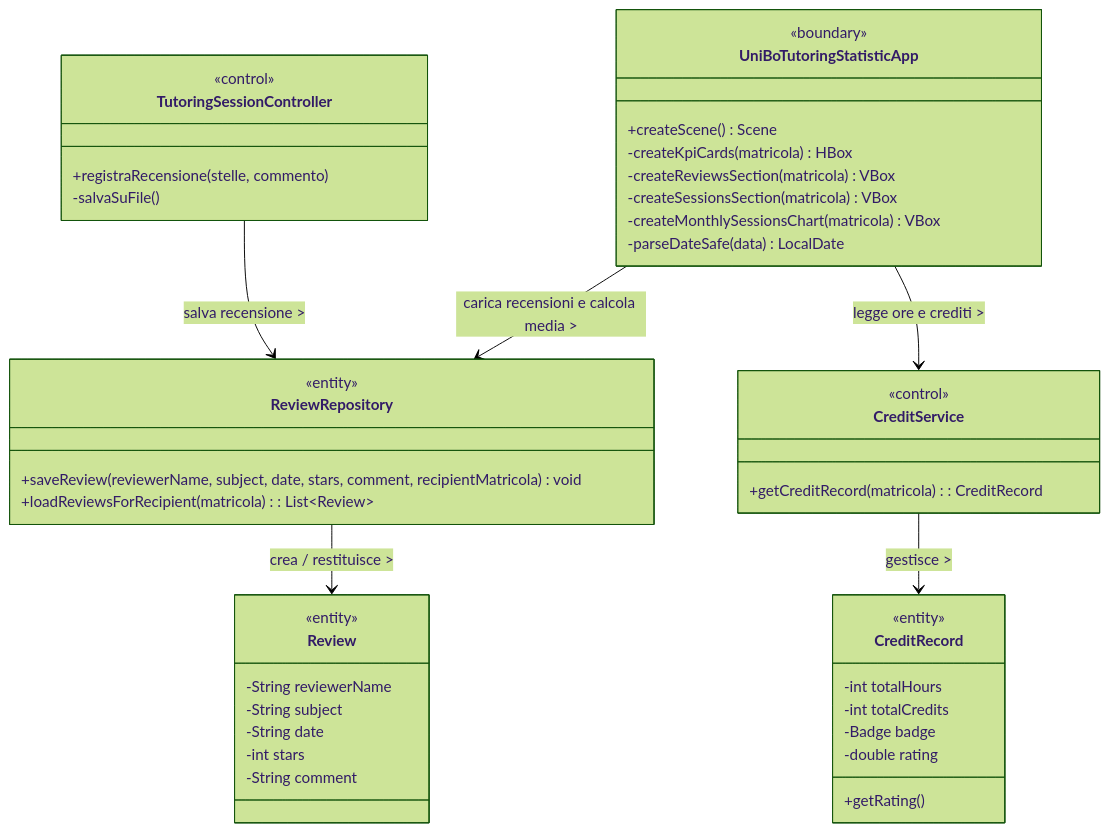
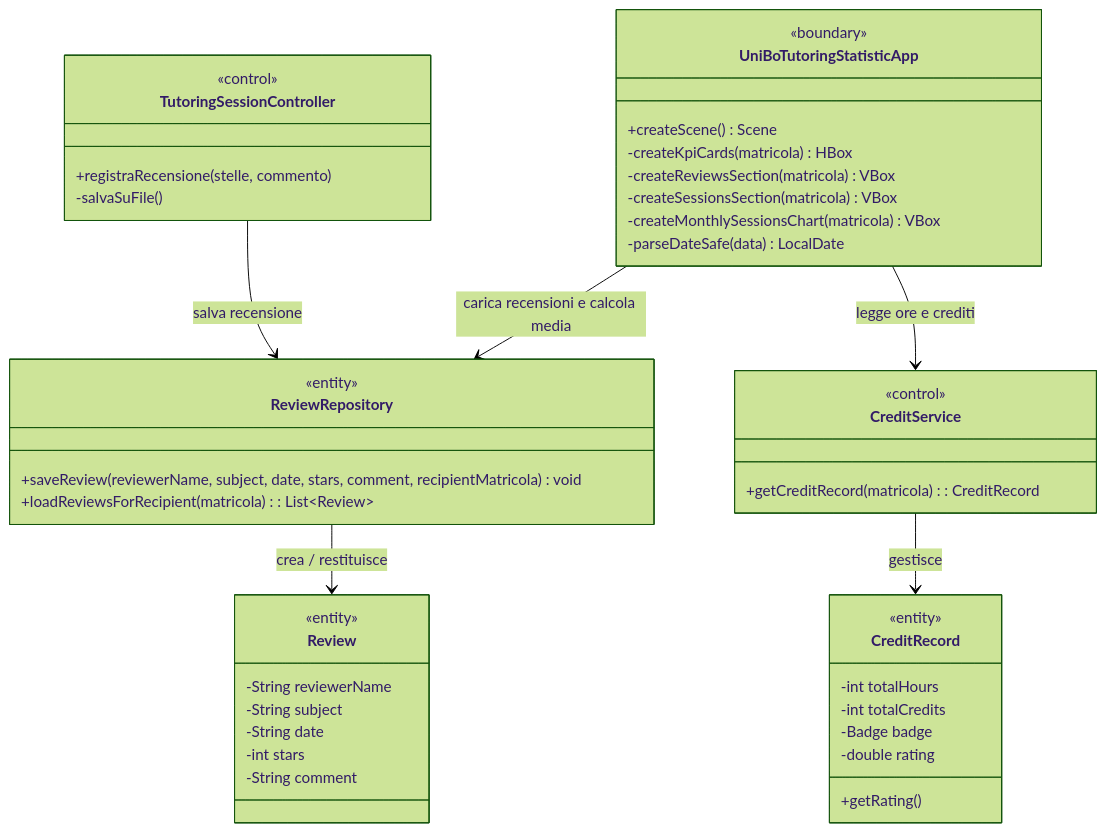
Before and after one commit to Sil2564/unibo_tutoring: the eighth of 9 diagrams in README.md, drawn with Mermaid (forest theme).

````diff
--- a/README.md
+++ b/README.md
@@ -711,55 +711,55 @@
 ```mermaid
 classDiagram
 
     class TutoringSessionController {
         +registraRecensione(stelle, commento)
         -salvaSuFile()
     }
     <<control>> TutoringSessionController
 
     class UniBoTutoringStatisticApp {
     +createScene() Scene
     -createKpiCards(matricola) HBox
     -createReviewsSection(matricola) VBox
     -createSessionsSection(matricola) VBox
     -createMonthlySessionsChart(matricola) VBox
     -parseDateSafe(data) LocalDate
 }
     <<boundary>> UniBoTutoringStatisticApp
 
     class Review {
         -String reviewerName
         -String subject
         -String date
         -int stars
         -String comment
     }
     <<entity>> Review
 
     class ReviewRepository {
         +saveReview(reviewerName, subject, date, stars, comment, recipientMatricola) void
         +loadReviewsForRecipient(matricola): List~Review~
     }
     <<entity>> ReviewRepository
 
     class CreditService {
         +getCreditRecord(matricola): CreditRecord
     }
     <<control>> CreditService
 
     class CreditRecord {
         -int totalHours
         -int totalCredits
         -Badge badge
         -double rating
         +getRating()
     }
     <<entity>> CreditRecord
 
     %% RELAZIONI
-    TutoringSessionController --> ReviewRepository : salva recensione >
-    ReviewRepository --> Review : crea / restituisce >
-    UniBoTutoringStatisticApp --> ReviewRepository : carica recensioni e calcola media >
-    UniBoTutoringStatisticApp --> CreditService : legge ore e crediti >
-    CreditService --> CreditRecord : gestisce >
+    TutoringSessionController --> ReviewRepository : salva recensione 
+    ReviewRepository --> Review : crea / restituisce 
+    UniBoTutoringStatisticApp --> ReviewRepository : carica recensioni e calcola media 
+    UniBoTutoringStatisticApp --> CreditService : legge ore e crediti 
+    CreditService --> CreditRecord : gestisce 
 ```
````
